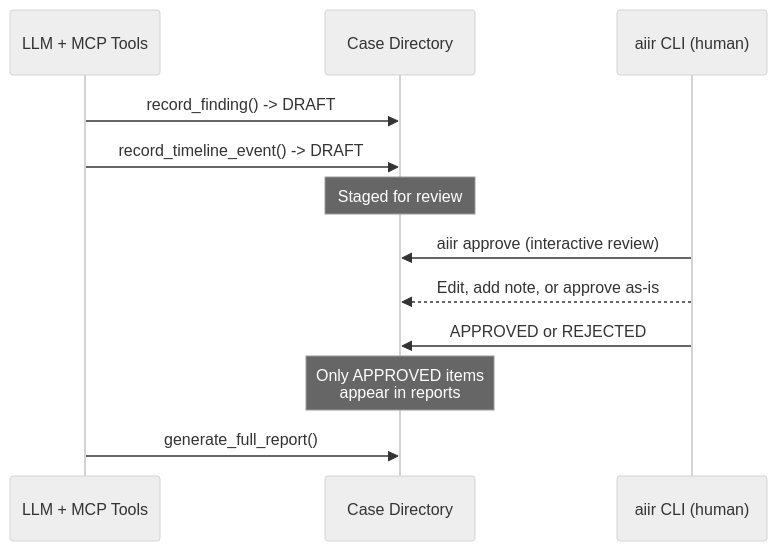
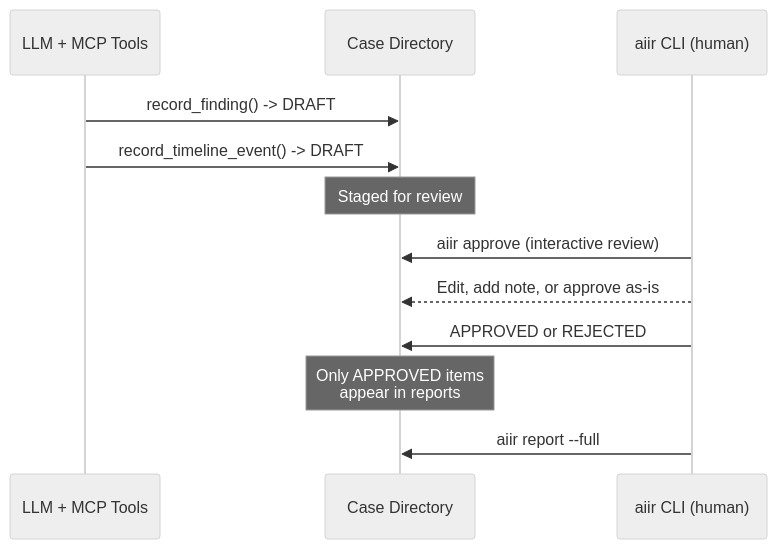
Before and after one commit to AppliedIR/aiir: the second of 6 diagrams in README.md, drawn with Mermaid (neutral theme). The commit also changed other lines of this file, not shown here.

Commit message:
update README for redesign: flat case dir, new tool counts, merge-based collab, new CLI commands

````diff
--- a/README.md
+++ b/README.md
@@ -56,17 +56,17 @@
 ```mermaid
 sequenceDiagram
     participant AI as LLM + MCP Tools
     participant Case as Case Directory
     participant Human as aiir CLI (human)
 
     AI->>Case: record_finding() -> DRAFT
     AI->>Case: record_timeline_event() -> DRAFT
     Note over Case: Staged for review
 
     Human->>Case: aiir approve (interactive review)
     Human-->>Case: Edit, add note, or approve as-is
     Human->>Case: APPROVED or REJECTED
 
     Note over Case: Only APPROVED items<br/>appear in reports
-    AI->>Case: generate_full_report()
+    Human->>Case: aiir report --full
 ```
````
